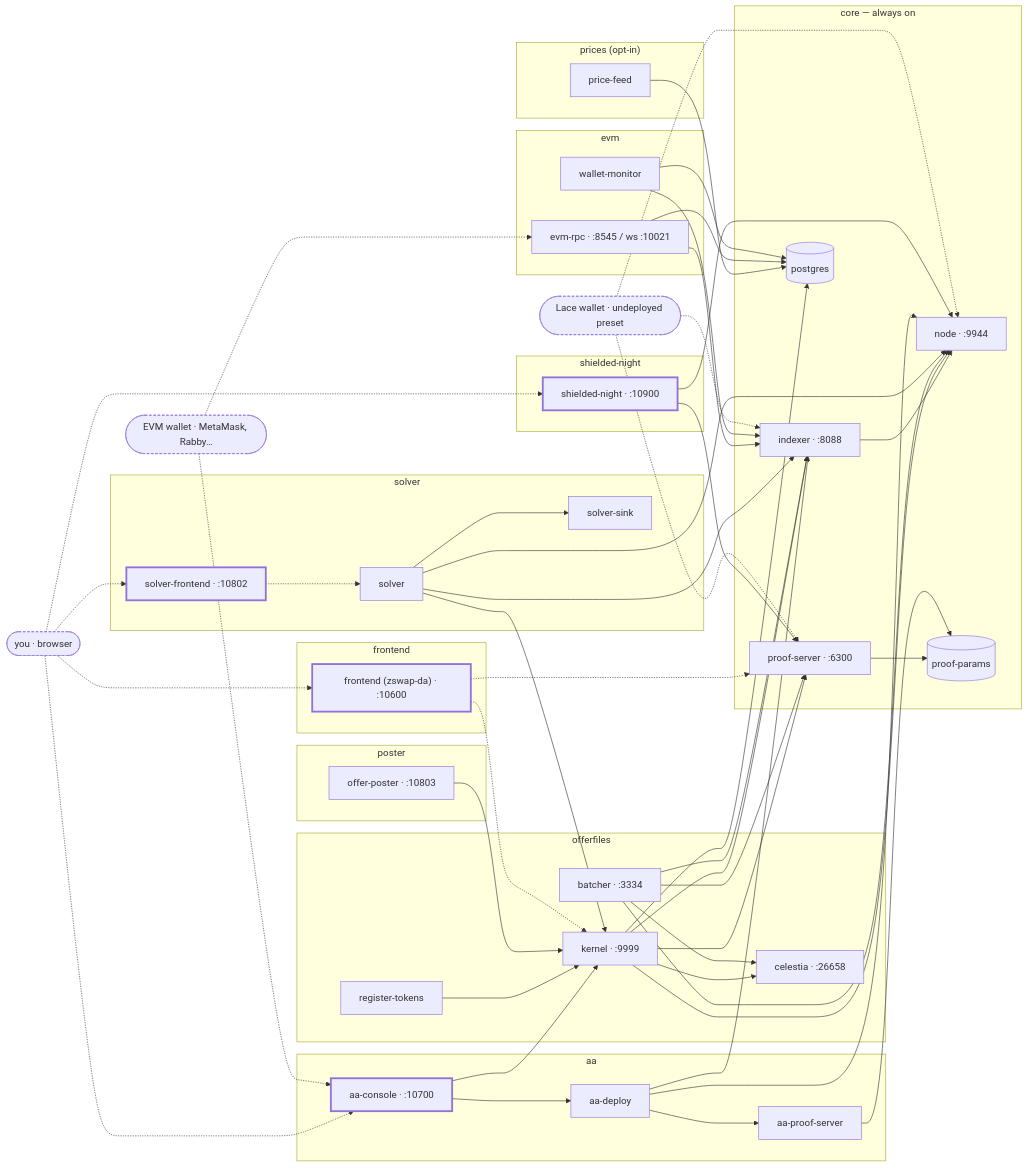
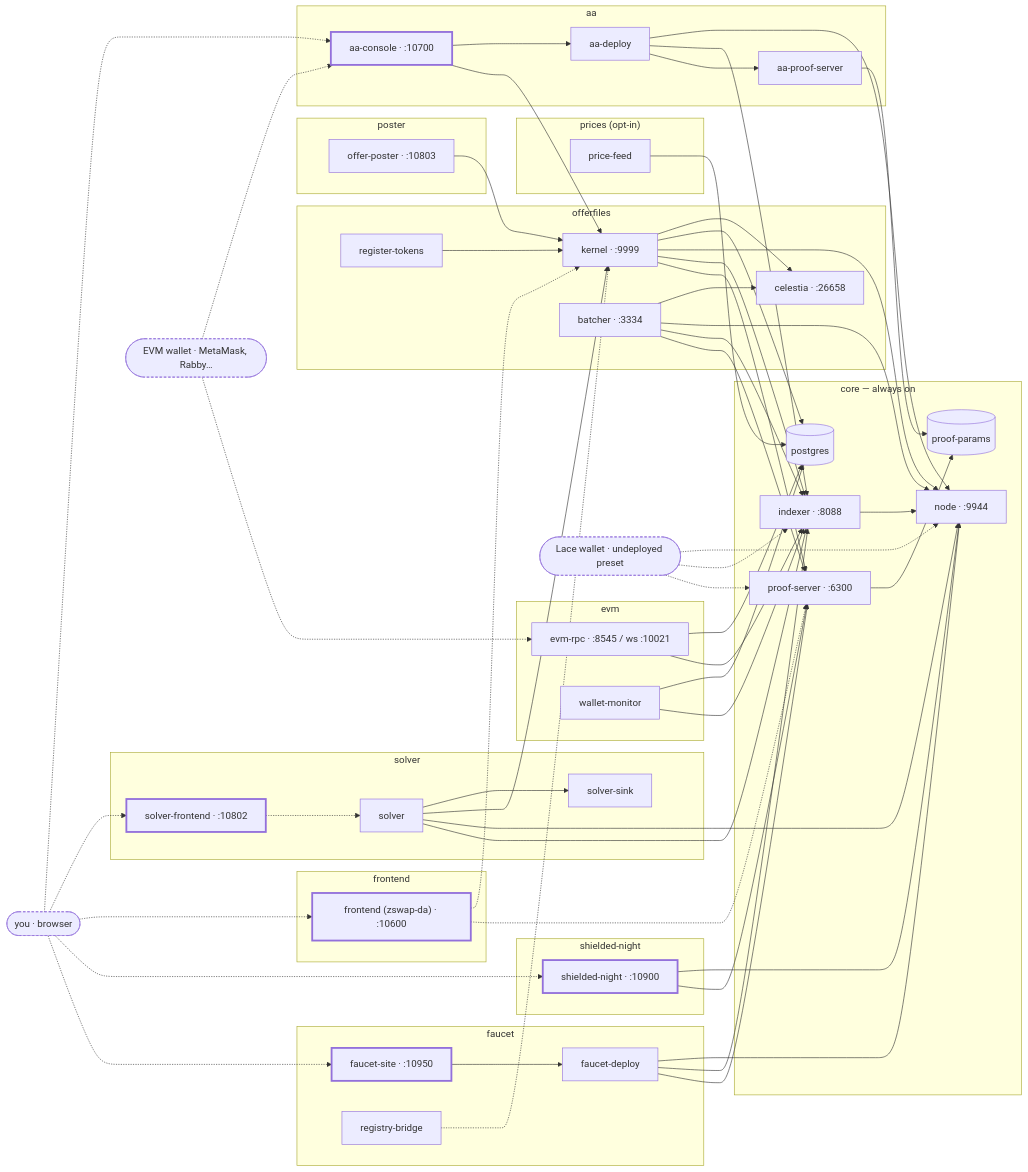
Before and after one commit to acedward/midnight-2-offers: the diagram in README.md, drawn with Mermaid. The commit also changed other lines of this file and 32 other files, not shown here.

First line of the commit message:
feat(faucet)!: local mint-test-tokens issuers + faucet site as a core profile

````diff
--- a/README.md
+++ b/README.md
@@ -92,69 +94,77 @@
 ```mermaid
 flowchart LR
   you(["you · browser"])
   evmw(["EVM wallet · MetaMask, Rabby…"])
   lace(["Lace wallet · undeployed preset"])
   subgraph core["core — always on"]
     node["node · :9944"]
     indexer["indexer · :8088"]
     proof["proof-server · :6300"]
     params[("proof-params")]
     pg[("postgres")]
   end
   subgraph offerfiles["offerfiles"]
     celestia["celestia · :26658"]
     kernel["kernel · :9999"]
     batcher["batcher · :3334"]
     register["register-tokens"]
   end
   subgraph solver["solver"]
     cow["solver"]
     sink["solver-sink"]
     monitor["solver-frontend · :10802"]
   end
   subgraph poster["poster"]
     op["offer-poster · :10803"]
   end
   subgraph prices["prices (opt-in)"]
     feed["price-feed"]
   end
   subgraph aa["aa"]
     aaproof["aa-proof-server"]
     aadeploy["aa-deploy"]
     console["aa-console · :10700"]
   end
   subgraph evm["evm"]
     evmrpc["evm-rpc · :8545 / ws :10021"]
     wmon["wallet-monitor"]
   end
   subgraph frontend["frontend"]
     spa["frontend (zswap-da) · :10600"]
   end
   subgraph sn["shielded-night"]
     sndapp["shielded-night · :10900"]
   end
+  subgraph fct["faucet"]
+    fdeploy["faucet-deploy"]
+    fsite["faucet-site · :10950"]
+    fbridge["registry-bridge"]
+  end
 
   indexer --> node
   proof --> params
   kernel --> celestia & pg & node & indexer & proof
   batcher --> celestia & node & indexer & proof
   register --> kernel
   cow --> sink & kernel & node & indexer
   monitor -.-> cow
   op --> kernel
   feed --> pg
   aaproof --> params
   aadeploy --> node & indexer & aaproof
   console --> aadeploy & kernel
   evmrpc --> pg & indexer
   wmon --> pg & indexer
   spa -.-> kernel & proof
   sndapp --> node & proof
-  you -.-> console & monitor & spa & sndapp
+  fdeploy --> node & indexer & proof
+  fsite --> fdeploy
+  fbridge -.-> kernel
+  you -.-> console & monitor & spa & sndapp & fsite
   evmw -.-> console & evmrpc
   lace -.-> node & indexer & proof
   classDef web stroke-width:3px
   classDef actor stroke-dasharray:4 3
-  class console,monitor,spa,sndapp web
+  class console,monitor,spa,sndapp,fsite web
   class you,evmw,lace actor
 ```
````
